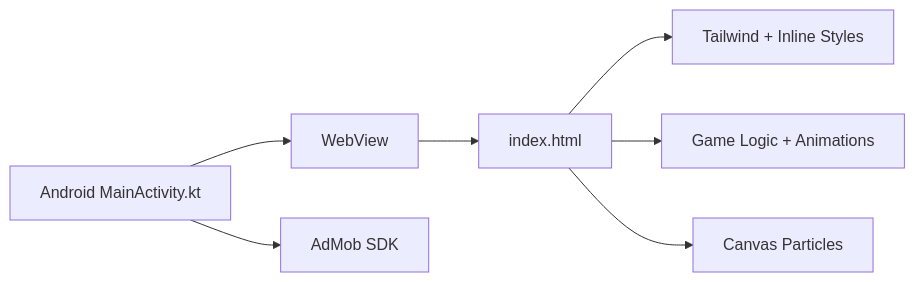
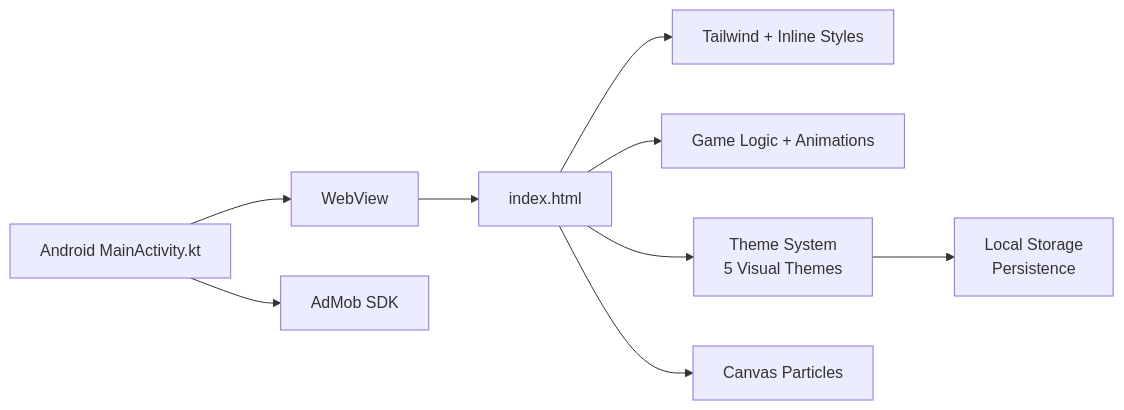
The seventh of 7 diagrams in .qoder/repowiki/en/content/Game Engine & Logic/Rendering & UI System.md (chetanck03/games), drawn with Mermaid before and after one commit. The commit also changed other lines of this file and 3 other files, not shown here.

````diff
--- a/.qoder/repowiki/en/content/Game Engine & Logic/Rendering & UI System.md
+++ b/.qoder/repowiki/en/content/Game Engine & Logic/Rendering & UI System.md
@@ -265,9 +416,11 @@
 ```mermaid
 graph LR
 AND["Android MainActivity.kt"] --> WV["WebView"]
 WV --> HTML["index.html"]
 HTML --> CSS["Tailwind + Inline Styles"]
 HTML --> JS["Game Logic + Animations"]
+HTML --> THEME["Theme System<br/>5 Visual Themes"]
 HTML --> CAN["Canvas Particles"]
 AND --> ADS["AdMob SDK"]
+THEME --> STORAGE["Local Storage<br/>Persistence"]
 ```
````
